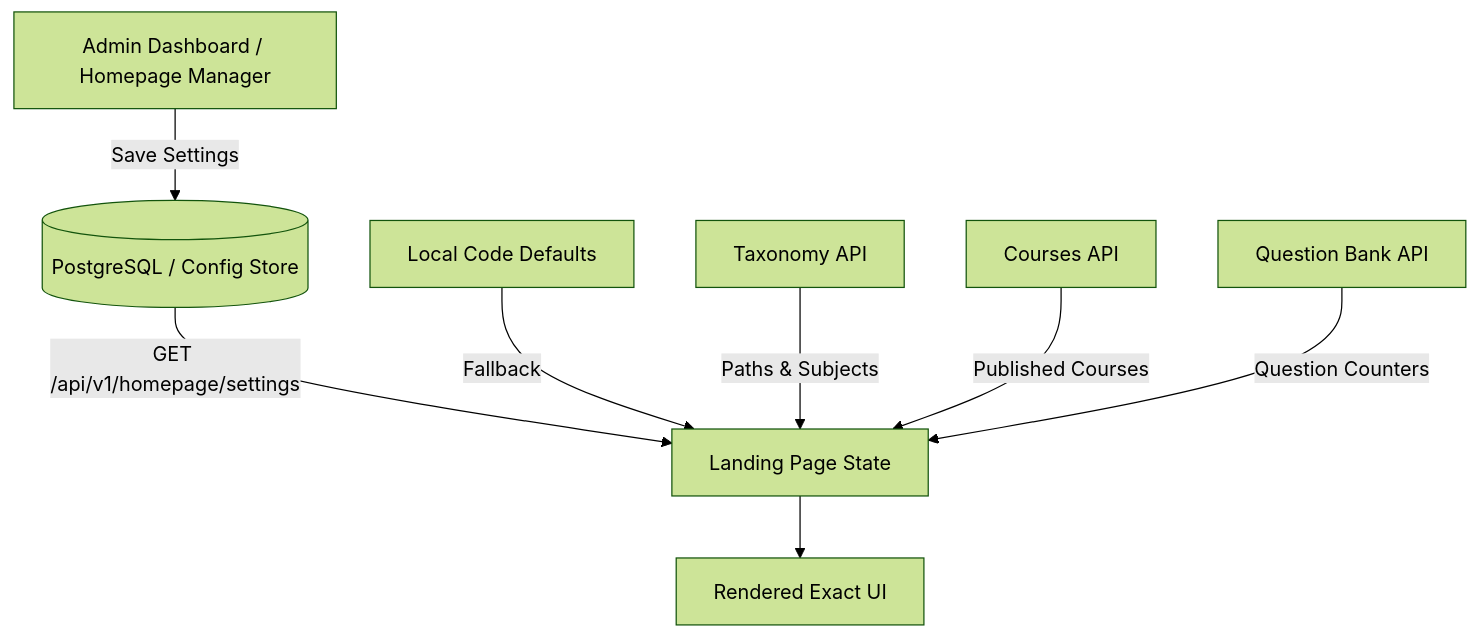
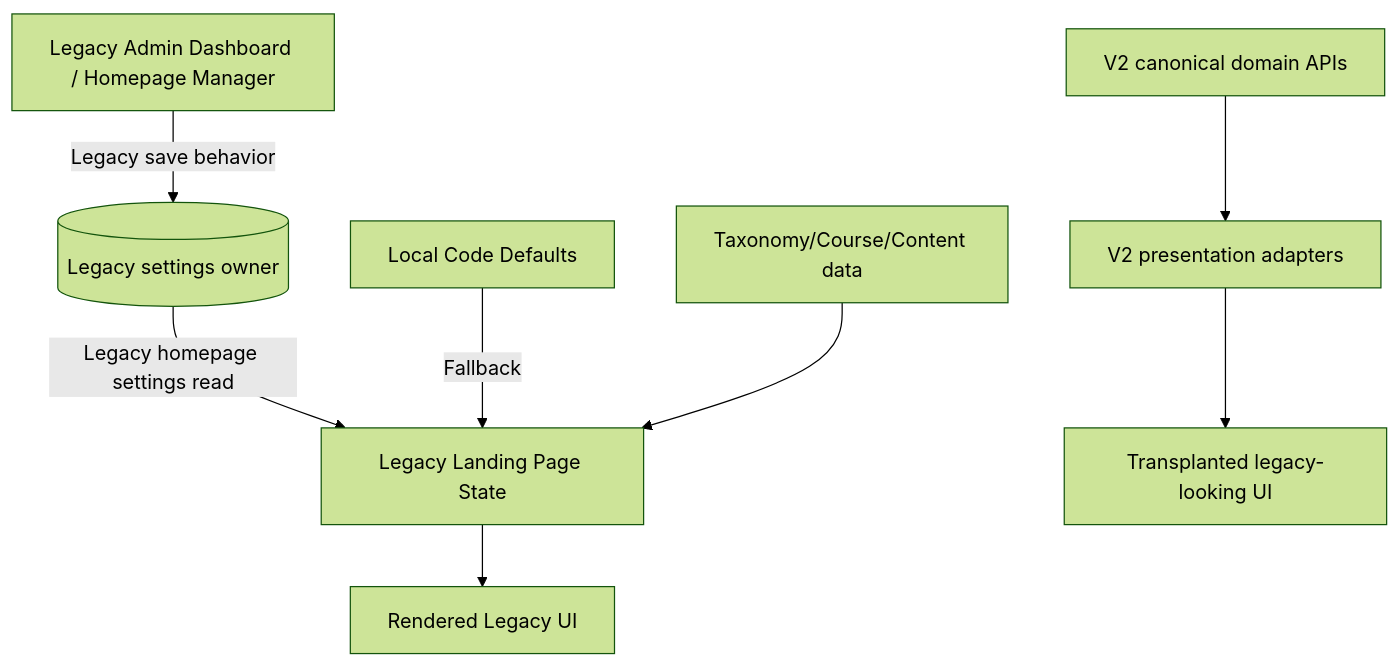
One commit to nasef6464/almeaago changed the diagram in docs/visual-baseline/exact-legacy-public-ui/DYNAMIC_BEHAVIOR.md. Above: the diagram before and after it, drawn with Mermaid (forest theme). The commit also changed other lines of this file and 4 other files, not shown here.

First line of the commit message:
docs: lock exact legacy UI transplant execution plan (#101)

````diff
--- a/docs/visual-baseline/exact-legacy-public-ui/DYNAMIC_BEHAVIOR.md
+++ b/docs/visual-baseline/exact-legacy-public-ui/DYNAMIC_BEHAVIOR.md
@@ -100,10 +102,11 @@
 ```mermaid
 graph TD
-    A[Admin Dashboard / Homepage Manager] -->|Save Settings| B[(PostgreSQL / Config Store)]
-    B -->|GET /api/v1/homepage/settings| C[Landing Page State]
+    A[Legacy Admin Dashboard / Homepage Manager] -->|Legacy save behavior| B[(Legacy settings owner)]
+    B -->|Legacy homepage settings read| C[Legacy Landing Page State]
     D[Local Code Defaults] -->|Fallback| C
-    E[Taxonomy API] -->|Paths & Subjects| C
-    F[Courses API] -->|Published Courses| C
-    G[Question Bank API] -->|Question Counters| C
-    C --> H[Rendered Exact UI]
+    E[Taxonomy/Course/Content data] --> C
+    C --> H[Rendered Legacy UI]
+
+    V[V2 canonical domain APIs] --> P[V2 presentation adapters]
+    P --> N[Transplanted legacy-looking UI]
 ```
````
